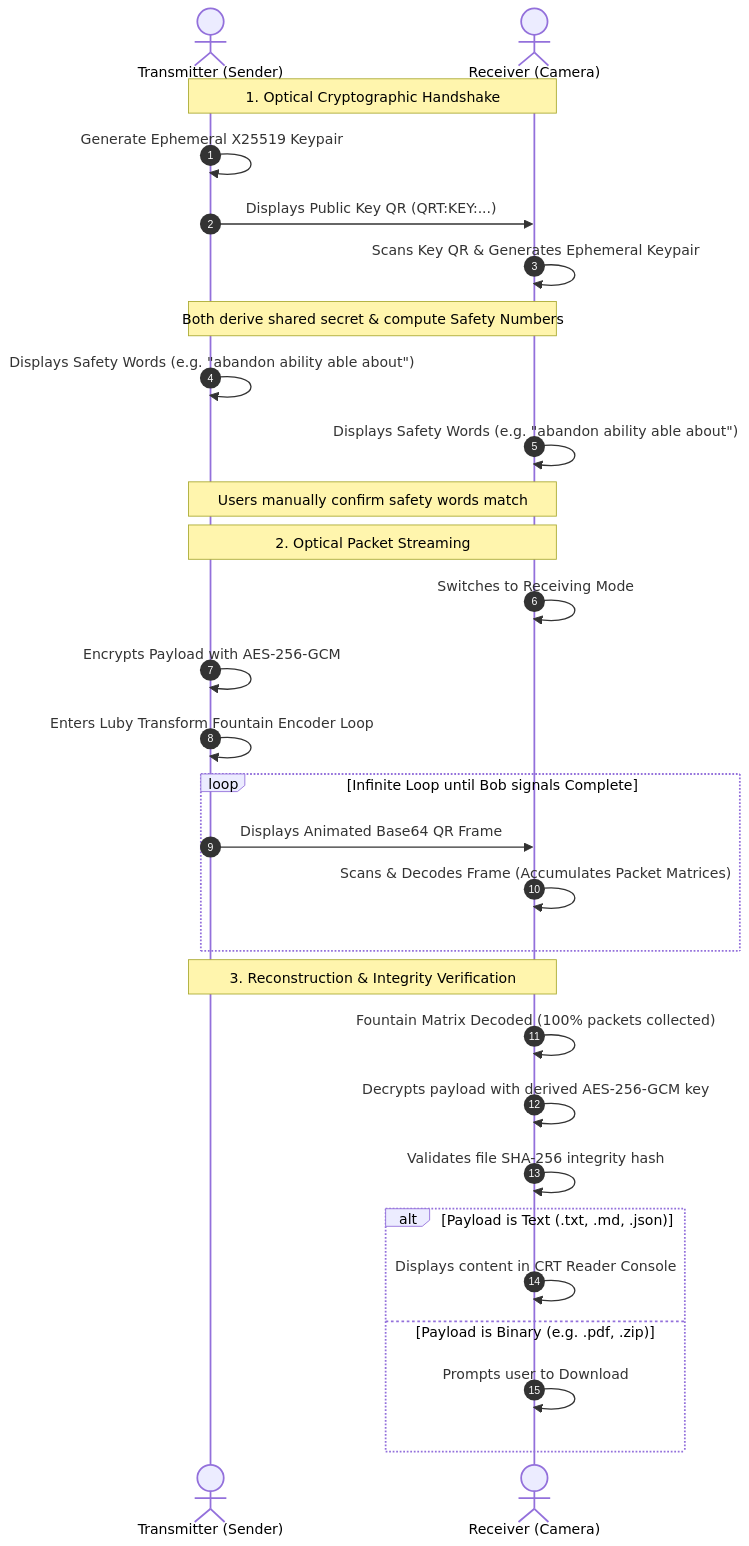
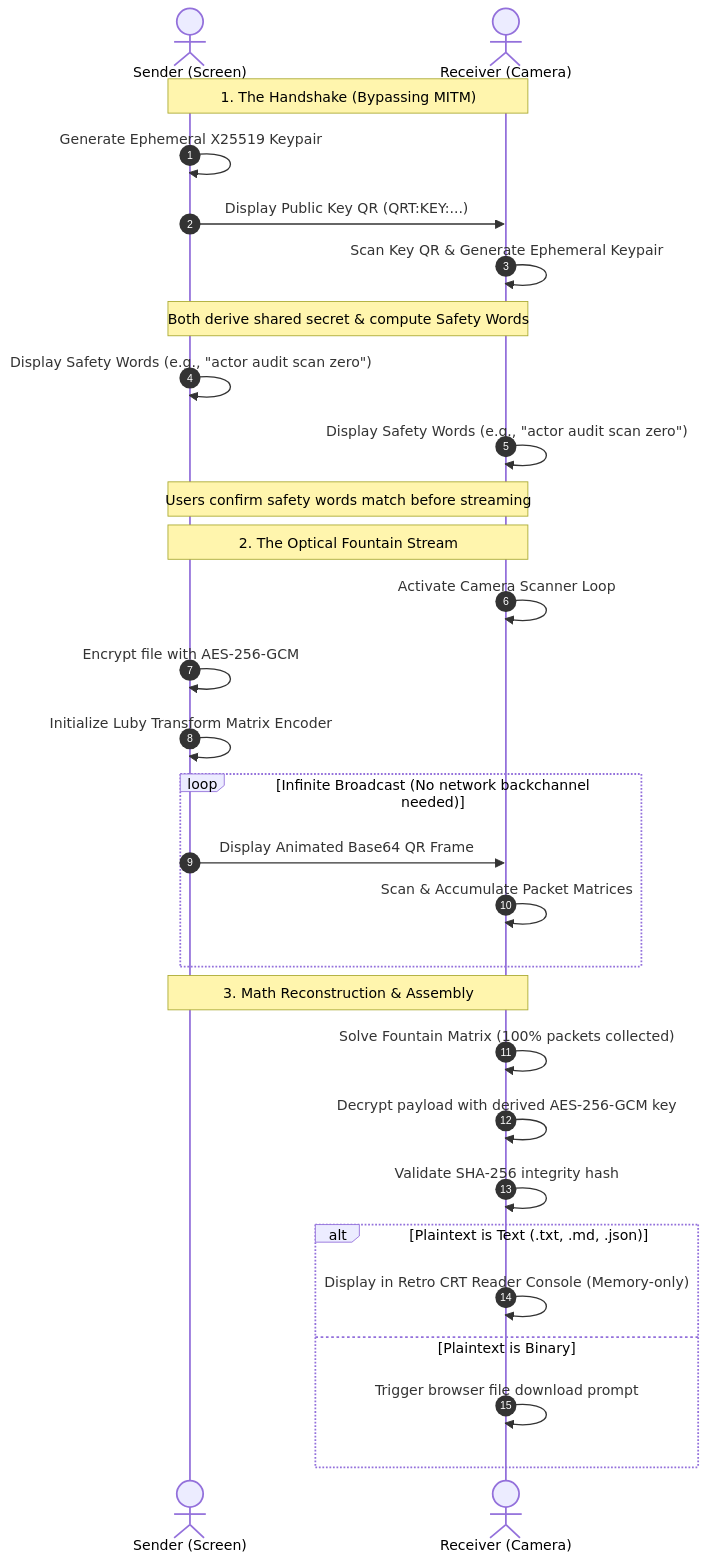
Before and after one commit to NotLavythane/Data-Wormhole: the diagram in README.md, drawn with Mermaid. The commit also changed other lines of this file and 1 other file, not shown here.

````diff
--- a/README.md
+++ b/README.md
@@ -34,34 +42,34 @@
 ```mermaid
 sequenceDiagram
-    autonumber
-    actor Alice as Transmitter (Sender)
-    actor Bob as Receiver (Camera)
-    
-    Note over Alice, Bob: 1. Optical Cryptographic Handshake
-    Alice->>Alice: Generate Ephemeral X25519 Keypair
-    Alice->>Bob: Displays Public Key QR (QRT:KEY:...)
-    Bob->>Bob: Scans Key QR & Generates Ephemeral Keypair
-    Note over Alice, Bob: Both derive shared secret & compute Safety Numbers
-    Alice->>Alice: Displays Safety Words (e.g. "abandon ability able about")
-    Bob->>Bob: Displays Safety Words (e.g. "abandon ability able about")
-    Note over Alice, Bob: Users manually confirm safety words match
-    
-    Note over Alice, Bob: 2. Optical Packet Streaming
-    Bob->>Bob: Switches to Receiving Mode
-    Alice->>Alice: Encrypts Payload with AES-256-GCM
-    Alice->>Alice: Enters Luby Transform Fountain Encoder Loop
-    loop Infinite Loop until Bob signals Complete
-        Alice->>Bob: Displays Animated Base64 QR Frame
-        Bob->>Bob: Scans & Decodes Frame (Accumulates Packet Matrices)
-    end
-    
-    Note over Alice, Bob: 3. Reconstruction & Integrity Verification
-    Bob->>Bob: Fountain Matrix Decoded (100% packets collected)
-    Bob->>Bob: Decrypts payload with derived AES-256-GCM key
-    Bob->>Bob: Validates file SHA-256 integrity hash
-    alt Payload is Text (.txt, .md, .json)
-        Bob->>Bob: Displays content in CRT Reader Console
-    else Payload is Binary (e.g. .pdf, .zip)
-        Bob->>Bob: Prompts user to Download
-    end
+  autonumber
+  actor Transmitter as Sender (Screen)
+  actor Receiver as Receiver (Camera)
+
+  Note over Transmitter, Receiver: 1. The Handshake (Bypassing MITM)
+  Transmitter->>Transmitter: Generate Ephemeral X25519 Keypair
+  Transmitter->>Receiver: Display Public Key QR (QRT:KEY:...)
+  Receiver->>Receiver: Scan Key QR & Generate Ephemeral Keypair
+  Note over Transmitter, Receiver: Both derive shared secret & compute Safety Words
+  Transmitter->>Transmitter: Display Safety Words (e.g., "actor audit scan zero")
+  Receiver->>Receiver: Display Safety Words (e.g., "actor audit scan zero")
+  Note over Transmitter, Receiver: Users confirm safety words match before streaming
+
+  Note over Transmitter, Receiver: 2. The Optical Fountain Stream
+  Receiver->>Receiver: Activate Camera Scanner Loop
+  Transmitter->>Transmitter: Encrypt file with AES-256-GCM
+  Transmitter->>Transmitter: Initialize Luby Transform Matrix Encoder
+  loop Infinite Broadcast (No network backchannel needed)
+      Transmitter->>Receiver: Display Animated Base64 QR Frame
+      Receiver->>Receiver: Scan & Accumulate Packet Matrices
+  end
+
+  Note over Transmitter, Receiver: 3. Math Reconstruction & Assembly
+  Receiver->>Receiver: Solve Fountain Matrix (100% packets collected)
+  Receiver->>Receiver: Decrypt payload with derived AES-256-GCM key
+  Receiver->>Receiver: Validate SHA-256 integrity hash
+  alt Plaintext is Text (.txt, .md, .json)
+      Receiver->>Receiver: Display in Retro CRT Reader Console (Memory-only)
+  else Plaintext is Binary
+      Receiver->>Receiver: Trigger browser file download prompt
+  end
 ```
````
